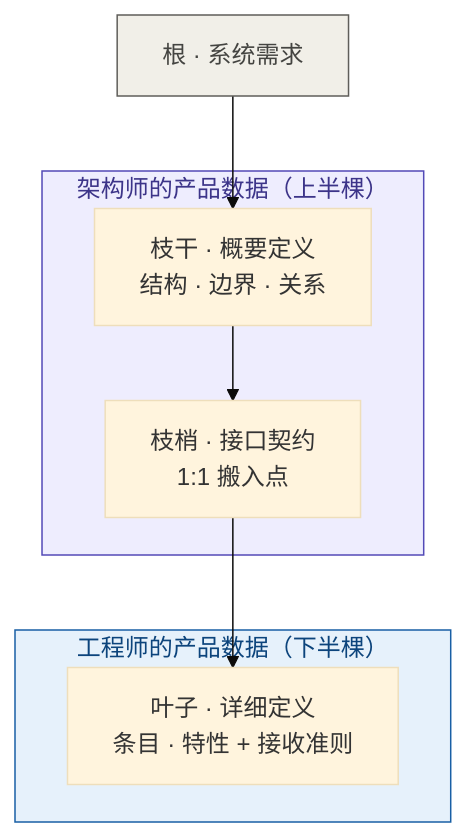
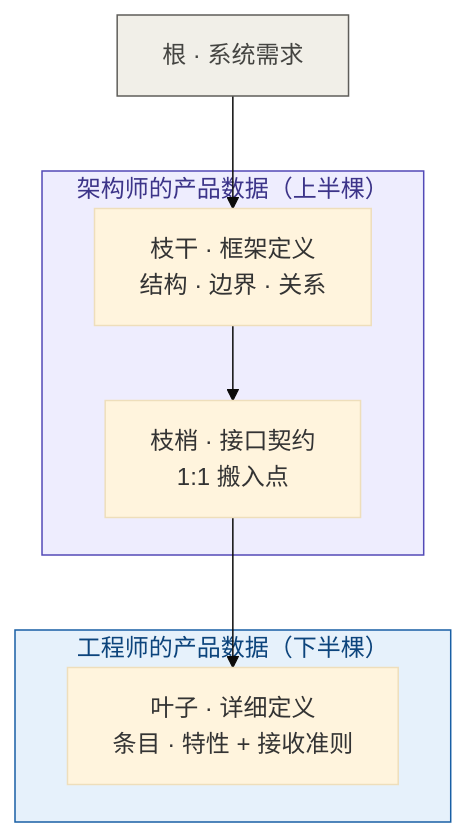
One commit to Yongjunzhou/AOS-system-design changed the fifth of 13 diagrams in 50-系统工程研究/00-系统工程相关研究报告/12-工程师与架构师能力研究报告-从工程师到CTO.md. Above: the diagram before and after it, drawn with Mermaid (base theme). The commit also changed other lines of this file and 60 other files, not shown here.

````diff
--- a/50-系统工程研究/00-系统工程相关研究报告/12-工程师与架构师能力研究报告-从工程师到CTO.md
+++ b/50-系统工程研究/00-系统工程相关研究报告/12-工程师与架构师能力研究报告-从工程师到CTO.md
@@ -248,16 +248,16 @@
 ```mermaid
 flowchart TD
-    R["根 · 系统需求"] --> BR["枝干 · 概要定义<br/>结构 · 边界 · 关系"]
+    R["根 · 系统需求"] --> BR["枝干 · 框架定义<br/>结构 · 边界 · 关系"]
     BR --> TW["枝梢 · 接口契约<br/>1:1 搬入点"]
     TW --> LF["叶子 · 详细定义<br/>条目 · 特性 + 接收准则"]
     subgraph ARC["架构师的产品数据（上半棵）"]
         BR
         TW
     end
     subgraph ENG["工程师的产品数据（下半棵）"]
         LF
     end
     style ARC fill:#EEEDFE,stroke:#534AB7,color:#3C3489
     style ENG fill:#E6F1FB,stroke:#185FA5,color:#0C447C
     style R fill:#F1EFE8,stroke:#5F5E5A,color:#444441
 ```
````
